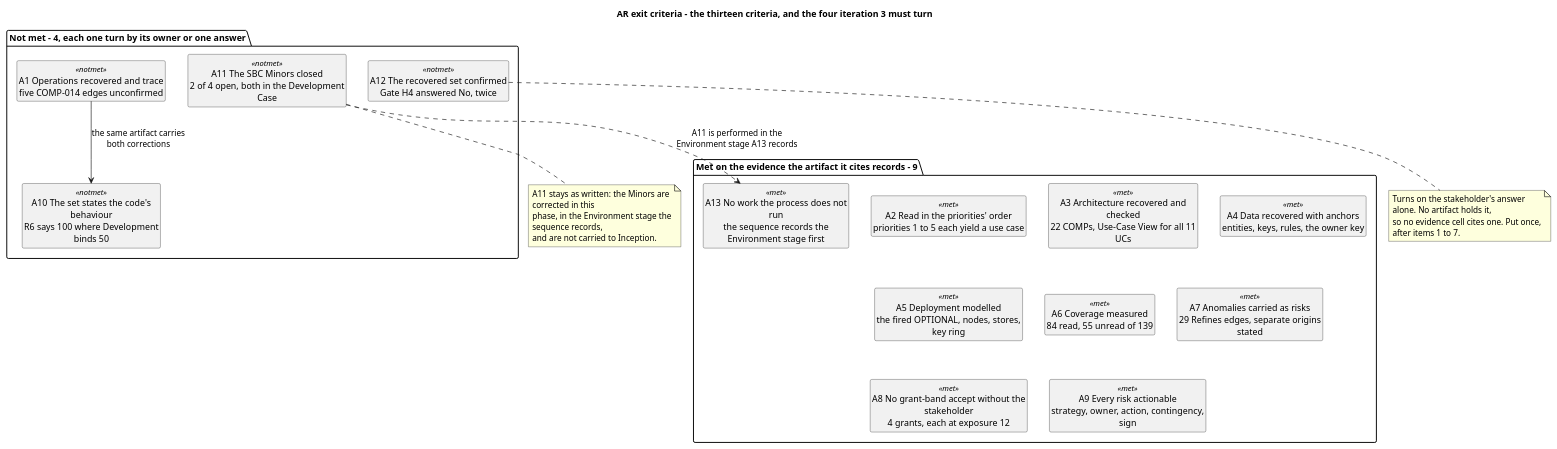
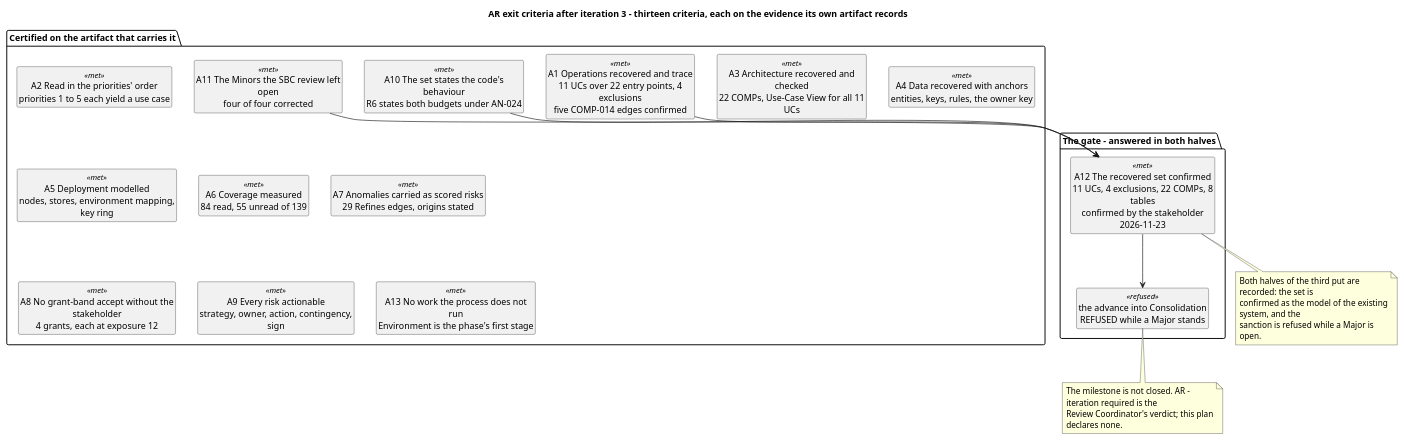
One commit to banense-test/TodoApp changed the fifth of 5 diagrams in docs/artifacts/project-management/iteration-plan.md. Above: the diagram before and after it, drawn with PlantUML. The commit also changed other lines of this file, not shown here.

Commit message:
Project Manager [Excavation3]: upsert Iteration Plan
[skip ci]

````diff
--- a/docs/artifacts/project-management/iteration-plan.md
+++ b/docs/artifacts/project-management/iteration-plan.md
@@ -383,43 +383,44 @@
 ```plantuml
 @startuml
-title AR exit criteria - the thirteen criteria, and the four iteration 3 must turn
-
+title AR exit criteria after iteration 3 - thirteen criteria, each on the evidence its own artifact records
 skinparam shadowing false
-skinparam classAttributeIconSize 0
 skinparam wrapWidth 250
 hide circle
 hide empty members
 
-package "Met on the evidence the artifact it cites records - 9" {
+package "Certified on the artifact that carries it" {
+  class "A1 Operations recovered and trace\n11 UCs over 22 entry points, 4 exclusions\nfive COMP-014 edges confirmed" as A1 <<met>>
   class "A2 Read in the priorities' order\npriorities 1 to 5 each yield a use case" as A2 <<met>>
   class "A3 Architecture recovered and checked\n22 COMPs, Use-Case View for all 11 UCs" as A3 <<met>>
   class "A4 Data recovered with anchors\nentities, keys, rules, the owner key" as A4 <<met>>
-  class "A5 Deployment modelled\nthe fired OPTIONAL, nodes, stores, key ring" as A5 <<met>>
+  class "A5 Deployment modelled\nnodes, stores, environment mapping, key ring" as A5 <<met>>
   class "A6 Coverage measured\n84 read, 55 unread of 139" as A6 <<met>>
-  class "A7 Anomalies carried as risks\n29 Refines edges, separate origins stated" as A7 <<met>>
+  class "A7 Anomalies carried as scored risks\n29 Refines edges, origins stated" as A7 <<met>>
   class "A8 No grant-band accept without the stakeholder\n4 grants, each at exposure 12" as A8 <<met>>
   class "A9 Every risk actionable\nstrategy, owner, action, contingency, sign" as A9 <<met>>
-  class "A13 No work the process does not run\nthe sequence records the Environment stage first" as A13 <<met>>
+  class "A10 The set states the code's behaviour\nR6 states both budgets under AN-024" as A10 <<met>>
+  class "A11 The Minors the SBC review left open\nfour of four corrected" as A11 <<met>>
+  class "A13 No work the process does not run\nEnvironment is the phase's first stage" as A13 <<met>>
 }
 
-package "Not met - 4, each one turn by its owner or one answer" {
-  class "A1 Operations recovered and trace\nfive COMP-014 edges unconfirmed" as A1 <<notmet>>
-  class "A10 The set states the code's behaviour\nR6 says 100 where Development binds 50" as A10 <<notmet>>
-  class "A11 The SBC Minors closed\n2 of 4 open, both in the Development Case" as A11 <<notmet>>
-  class "A12 The recovered set confirmed\nGate H4 answered No, twice" as A12 <<notmet>>
+package "The gate - answered in both halves" {
+  class "A12 The recovered set confirmed\n11 UCs, 4 exclusions, 22 COMPs, 8 tables\nconfirmed by the stakeholder 2026-11-23" as A12 <<met>>
+  class "the advance into Consolidation\nREFUSED while a Major stands" as SAN <<refused>>
 }
 
-A1 --> A10 : the same artifact carries\nboth corrections
-A11 ..> A13 : A11 is performed in the\nEnvironment stage A13 records
+A1 --> A12
+A10 --> A12
+A11 --> A12
+A12 --> SAN
 
-note bottom of A11
-  A11 stays as written: the Minors are corrected in this
-  phase, in the Environment stage the sequence records,
-  and are not carried to Inception.
+note bottom of A12
+  Both halves of the third put are recorded: the set is
+  confirmed as the model of the existing system, and the
+  sanction is refused while a Major is open.
 end note
-note bottom of A12
-  Turns on the stakeholder's answer alone. No artifact holds it,
-  so no evidence cell cites one. Put once, after items 1 to 7.
+note bottom of SAN
+  The milestone is not closed. AR - iteration required is the
+  Review Coordinator's verdict; this plan declares none.
 end note
 @enduml
 ```
````
